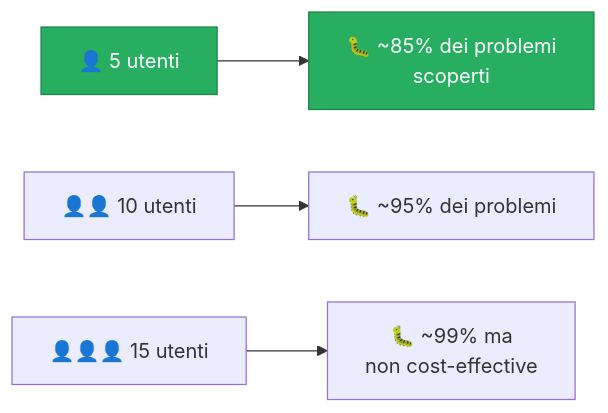
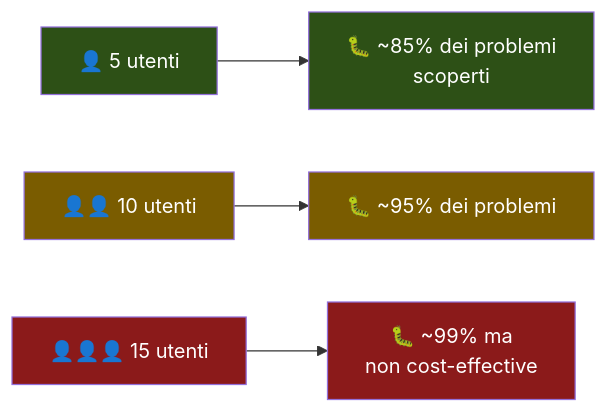
One commit to AndreyBertasini/gynnitech changed the second of 4 diagrams in src/content/corso/analisi-prodotto/ux-research.mdx. Above: the diagram before and after it, drawn with Mermaid. The commit also changed other lines of this file and 21 other files, not shown here.

First line of the commit message:
style: applica color scheme semantico a tutti i diagrammi Mermaid del corso

````diff
--- a/src/content/corso/analisi-prodotto/ux-research.mdx
+++ b/src/content/corso/analisi-prodotto/ux-research.mdx
@@ -58,8 +62,12 @@
 ```mermaid
 graph LR
     U["👤 5 utenti"] --> P["🐛 ~85% dei problemi\nscoperti"]
     U2["👤👤 10 utenti"] --> P2["🐛 ~95% dei problemi"]
     U3["👤👤👤 15 utenti"] --> P3["🐛 ~99% ma\nnon cost-effective"]
-    style U fill:#27ae60,stroke:#1e8449,color:#fff
-    style P fill:#27ae60,stroke:#1e8449,color:#fff
+    style U fill:#2d5016,color:#ffffff
+    style P fill:#2d5016,color:#ffffff
+    style U2 fill:#7a5c00,color:#ffffff
+    style P2 fill:#7a5c00,color:#ffffff
+    style U3 fill:#8b1a1a,color:#ffffff
+    style P3 fill:#8b1a1a,color:#ffffff
 ```
````
